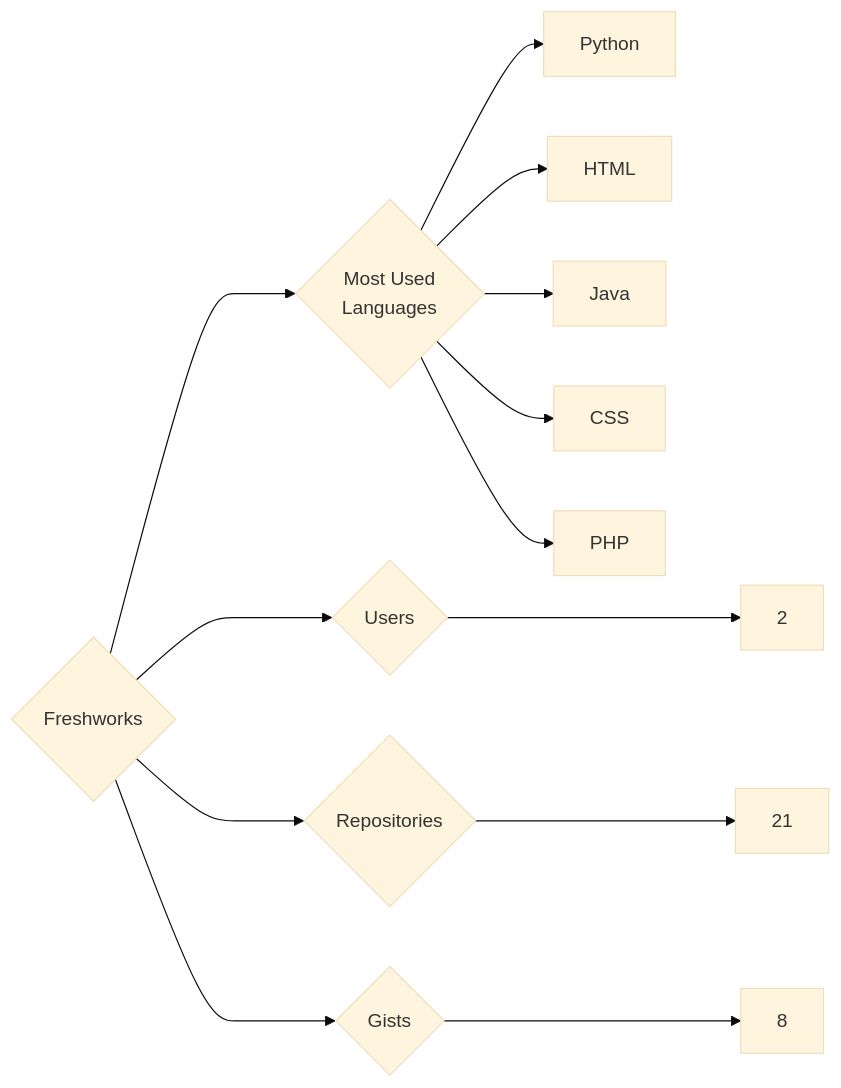
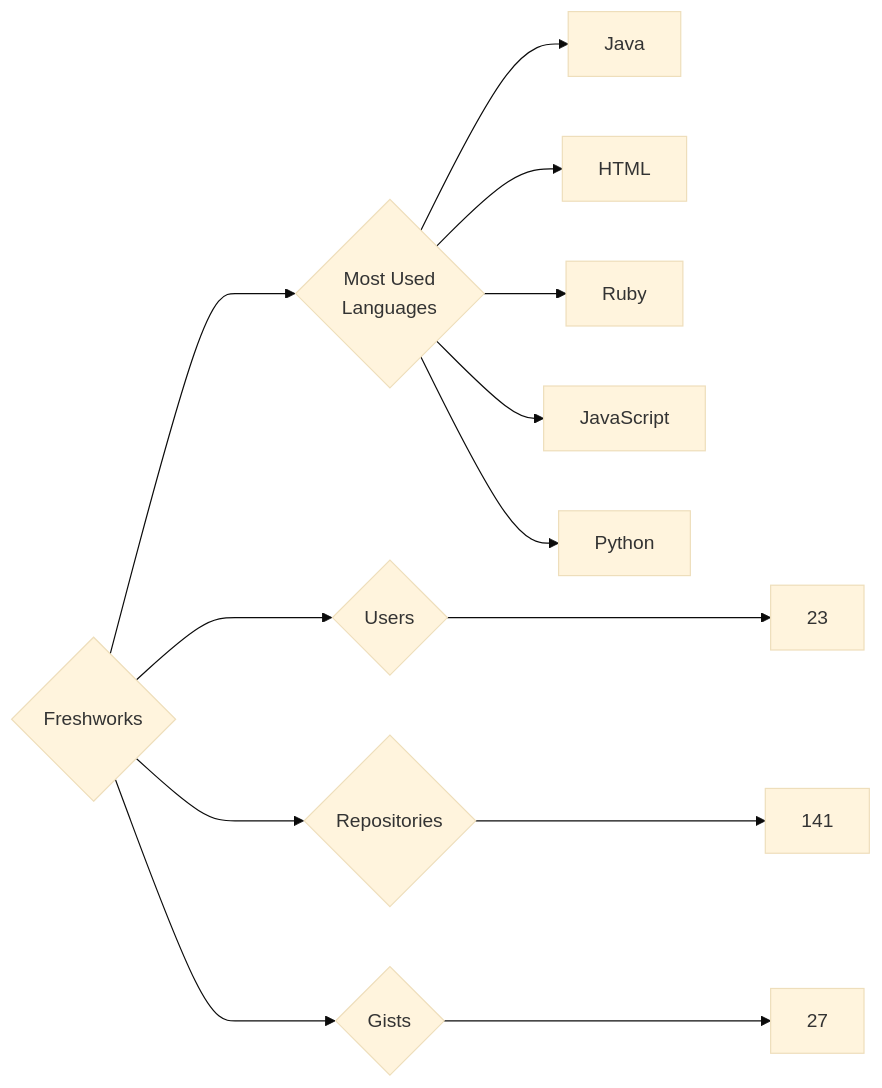
Before and after one commit to trickest/insiders: the diagram in targets/Freshworks/README.md, drawn with Mermaid (base theme). The commit also changed 757 other files, not shown here.

````diff
--- a/targets/Freshworks/README.md
+++ b/targets/Freshworks/README.md
@@ -3,13 +3,13 @@
 ```mermaid
 graph LR
 COMPANY_NAME{Freshworks}
-COMPANY_NAME ---> U{Users} ---> UN[2]
-COMPANY_NAME ---> R{Repositories} ---> RN[21]
-COMPANY_NAME ---> G{Gists} ---> GN[8]
+COMPANY_NAME ---> U{Users} ---> UN[23]
+COMPANY_NAME ---> R{Repositories} ---> RN[141]
+COMPANY_NAME ---> G{Gists} ---> GN[27]
 COMPANY_NAME ---> ML{Most Used<br>Languages}
+ML --> Java[Java]
+ML --> HTML[HTML]
+ML --> Ruby[Ruby]
+ML --> JavaScript[JavaScript]
 ML --> Python[Python]
-ML --> HTML[HTML]
-ML --> Java[Java]
-ML --> CSS[CSS]
-ML --> PHP[PHP]
 ```
````
